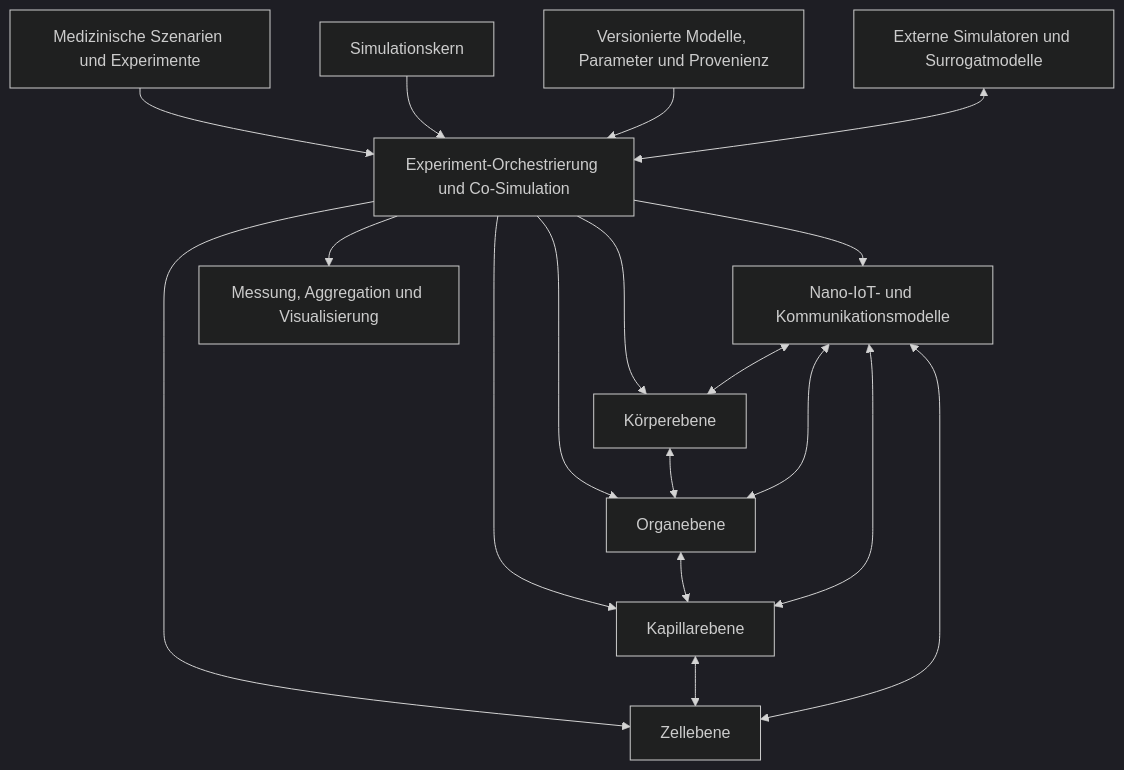
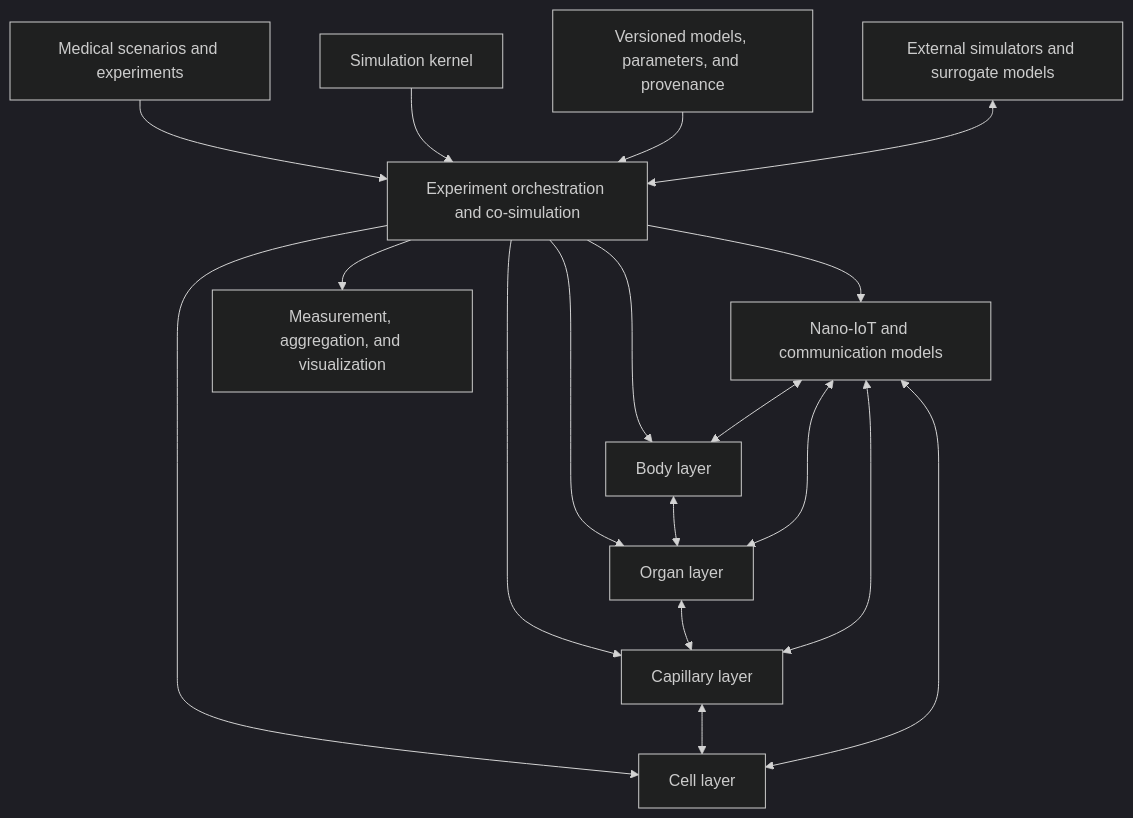
The diagram in docs/ROADMAP.md (RegineWendt/MEHLISSA), drawn with Mermaid (dark theme) before and after one commit. The commit also changed other lines of this file and 68 other files, not shown here.

````diff
--- a/docs/ROADMAP.md
+++ b/docs/ROADMAP.md
@@ -75,32 +92,32 @@
 ```mermaid
 flowchart TB
-    Scenarios[Medizinische Szenarien und Experimente]
-    Orchestration[Experiment-Orchestrierung und Co-Simulation]
-    Body[Körperebene]
-    Organ[Organebene]
-    Capillary[Kapillarebene]
-    Cell[Zellebene]
-    Communication[Nano-IoT- und Kommunikationsmodelle]
-    Kernel[Simulationskern]
-    Data[Versionierte Modelle, Parameter und Provenienz]
-    Observation[Messung, Aggregation und Visualisierung]
-    External[Externe Simulatoren und Surrogatmodelle]
+    Scenarios[Medical scenarios and experiments]
+    Orchestration[Experiment orchestration and co-simulation]
+    Body[Body layer]
+    Organ[Organ layer]
+    Capillary[Capillary layer]
+    Cell[Cell layer]
+    Communication[Nano-IoT and communication models]
+    Kernel[Simulation kernel]
+    Data[Versioned models, parameters, and provenance]
+    Observation[Measurement, aggregation, and visualization]
+    External[External simulators and surrogate models]
 
     Scenarios --> Orchestration
     Orchestration --> Body
     Orchestration --> Organ
     Orchestration --> Capillary
     Orchestration --> Cell
     Orchestration --> Communication
     Body <--> Organ
     Organ <--> Capillary
     Capillary <--> Cell
     Communication <--> Body
     Communication <--> Organ
     Communication <--> Capillary
     Communication <--> Cell
     Kernel --> Orchestration
     Data --> Orchestration
     Orchestration --> Observation
     External <--> Orchestration
 ```
````
